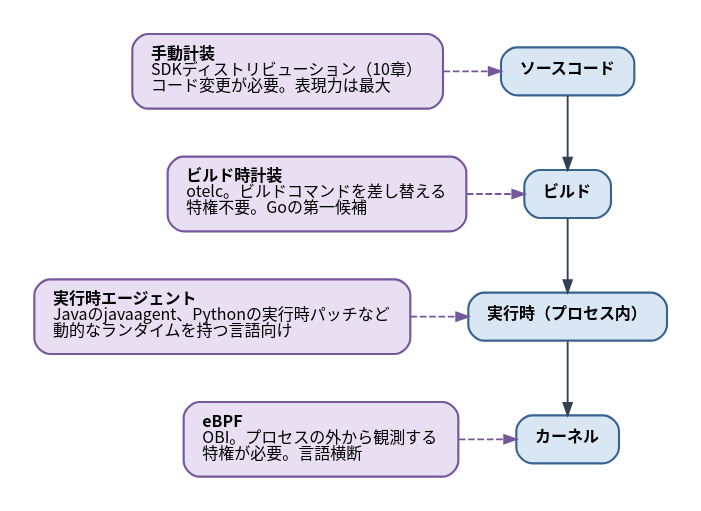
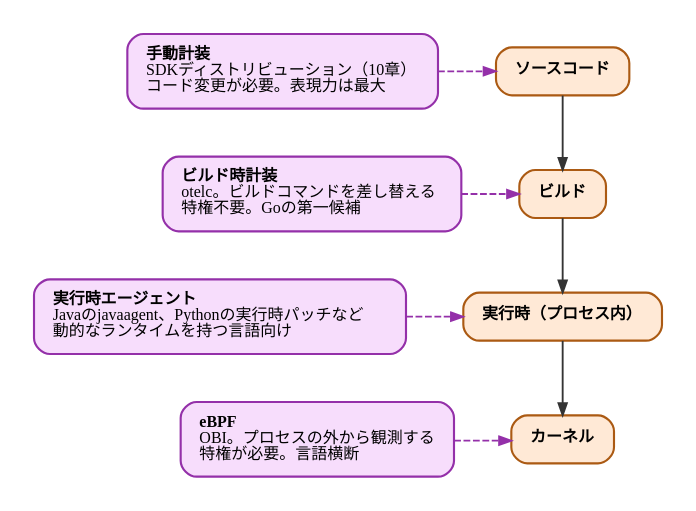
One commit to ymotongpoo/zenn.dev changed the diagram in diagrams/observability-platform-with-otel/20260926-injection-points.dot. Above: the diagram before and after it, drawn with Graphviz. The commit also changed 33 other files, not shown here.

First line of the commit message:
fix(otel-platform): 図16枚を book-diagram-graphviz の規範へ移行する

```diff
--- a/diagrams/observability-platform-with-otel/20260926-injection-points.dot
+++ b/diagrams/observability-platform-with-otel/20260926-injection-points.dot
@@ -1,42 +1,42 @@
 // 計装の注入ポイント比較
 digraph injection_points {
   graph [
-    fontname="Harano Aji Gothic,Noto Sans CJK JP,IPAGothic", fontsize=13,
-    rankdir=TB, compound=true, splines=true,
+    fontname="IBM Plex Sans JP", fontsize=13,
+    rankdir=TB, compound=true, splines=ortho,
     nodesep=0.6, ranksep=0.5, pad=0.25,
     bgcolor="white", newrank=true
   ];
   node [
-    fontname="Harano Aji Gothic,Noto Sans CJK JP,IPAGothic", fontsize=12,
+    fontname="IBM Plex Sans JP", fontsize=12,
     shape=box, style="rounded,filled",
-    fillcolor="#F1F5F9", color="#475569", penwidth=1.6,
+    fillcolor="#E4E4E4", color="#4A4A4A", penwidth=1.6,
     margin="0.2,0.14"
   ];
   edge [
-    fontname="Harano Aji Gothic,Noto Sans CJK JP,IPAGothic", fontsize=11,
-    color="#334155", penwidth=1.4, arrowsize=0.9,
-    fontcolor="#1E293B"
+    fontname="IBM Plex Sans JP", fontsize=11,
+    color="#343434", penwidth=1.4, arrowsize=0.9,
+    fontcolor="#171717"
   ];
 
-  src [label=<<b>ソースコード</b>>, fillcolor="#D9E7F4", color="#38638F"];
-  build [label=<<b>ビルド</b>>, fillcolor="#D9E7F4", color="#38638F"];
-  runtime [label=<<b>実行時（プロセス内）</b>>, fillcolor="#D9E7F4", color="#38638F"];
-  kernel [label=<<b>カーネル</b>>, fillcolor="#D9E7F4", color="#38638F"];
+  src [label=<<b>ソースコード</b>>, fillcolor="#FFE9D6", color="#AB5A13"];
+  build [label=<<b>ビルド</b>>, fillcolor="#FFE9D6", color="#AB5A13"];
+  runtime [label=<<b>実行時（プロセス内）</b>>, fillcolor="#FFE9D6", color="#AB5A13"];
+  kernel [label=<<b>カーネル</b>>, fillcolor="#FFE9D6", color="#AB5A13"];
 
-  manual [label=<<b>手動計装</b><br align="left"/>SDKディストリビューション（10章）<br align="left"/>コード変更が必要。表現力は最大<br align="left"/>>, fillcolor="#E9DFF2", color="#75589C"];
-  otelc [label=<<b>ビルド時計装</b><br align="left"/>otelc。ビルドコマンドを差し替える<br align="left"/>特権不要。Goの第一候補<br align="left"/>>, fillcolor="#E9DFF2", color="#75589C"];
-  agentbased [label=<<b>実行時エージェント</b><br align="left"/>Javaのjavaagent、Pythonの実行時パッチなど<br align="left"/>動的なランタイムを持つ言語向け<br align="left"/>>, fillcolor="#E9DFF2", color="#75589C"];
-  ebpf [label=<<b>eBPF</b><br align="left"/>OBI。プロセスの外から観測する<br align="left"/>特権が必要。言語横断<br align="left"/>>, fillcolor="#E9DFF2", color="#75589C"];
+  manual [label=<<b>手動計装</b><br align="left"/>SDKディストリビューション（10章）<br align="left"/>コード変更が必要。表現力は最大<br align="left"/>>, fillcolor="#F7DDFC", color="#9430A9"];
+  otelc [label=<<b>ビルド時計装</b><br align="left"/>otelc。ビルドコマンドを差し替える<br align="left"/>特権不要。Goの第一候補<br align="left"/>>, fillcolor="#F7DDFC", color="#9430A9"];
+  agentbased [label=<<b>実行時エージェント</b><br align="left"/>Javaのjavaagent、Pythonの実行時パッチなど<br align="left"/>動的なランタイムを持つ言語向け<br align="left"/>>, fillcolor="#F7DDFC", color="#9430A9"];
+  ebpf [label=<<b>eBPF</b><br align="left"/>OBI。プロセスの外から観測する<br align="left"/>特権が必要。言語横断<br align="left"/>>, fillcolor="#F7DDFC", color="#9430A9"];
 
   src -> build -> runtime -> kernel;
 
-  manual -> src [style=dashed, color="#75589C"];
-  otelc -> build [style=dashed, color="#75589C"];
-  agentbased -> runtime [style=dashed, color="#75589C"];
-  ebpf -> kernel [style=dashed, color="#75589C"];
+  manual -> src [style=dashed, color="#9430A9"];
+  otelc -> build [style=dashed, color="#9430A9"];
+  agentbased -> runtime [style=dashed, color="#9430A9"];
+  ebpf -> kernel [style=dashed, color="#9430A9"];
 
   { rank=same; src; manual; }
   { rank=same; build; otelc; }
   { rank=same; runtime; agentbased; }
   { rank=same; kernel; ebpf; }
 }
```
